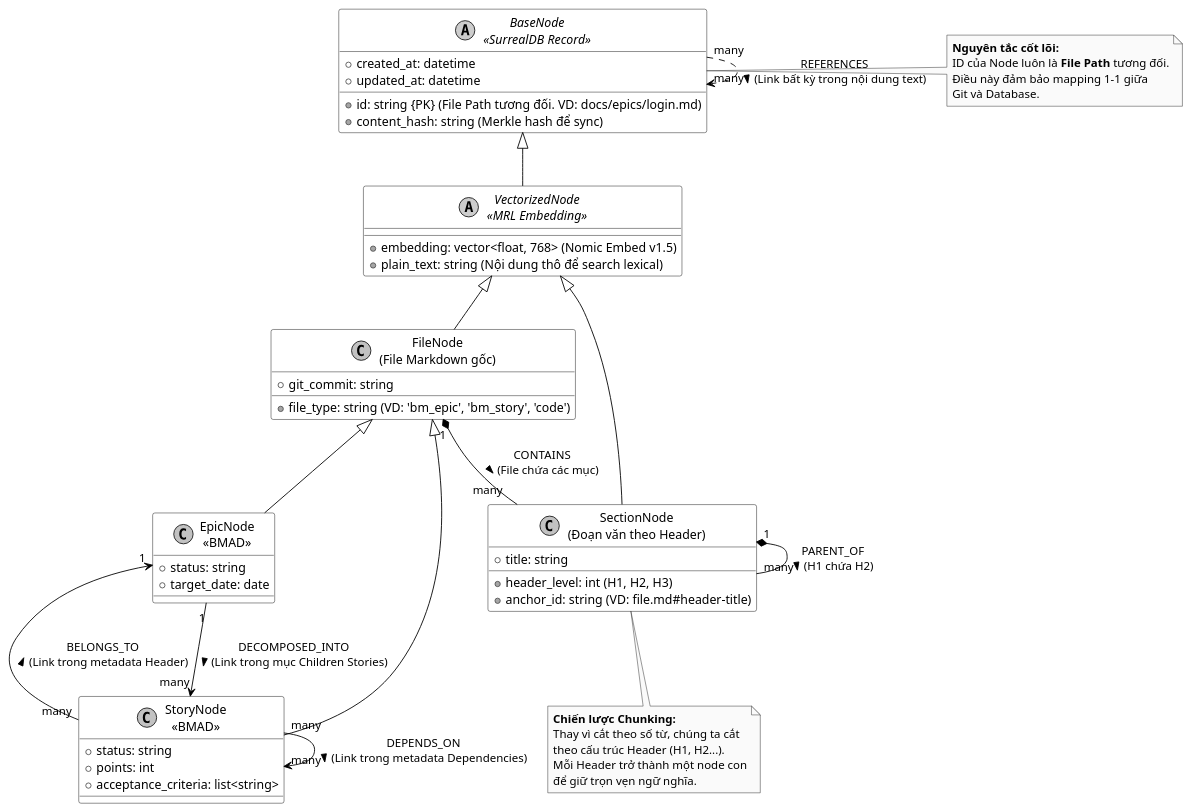
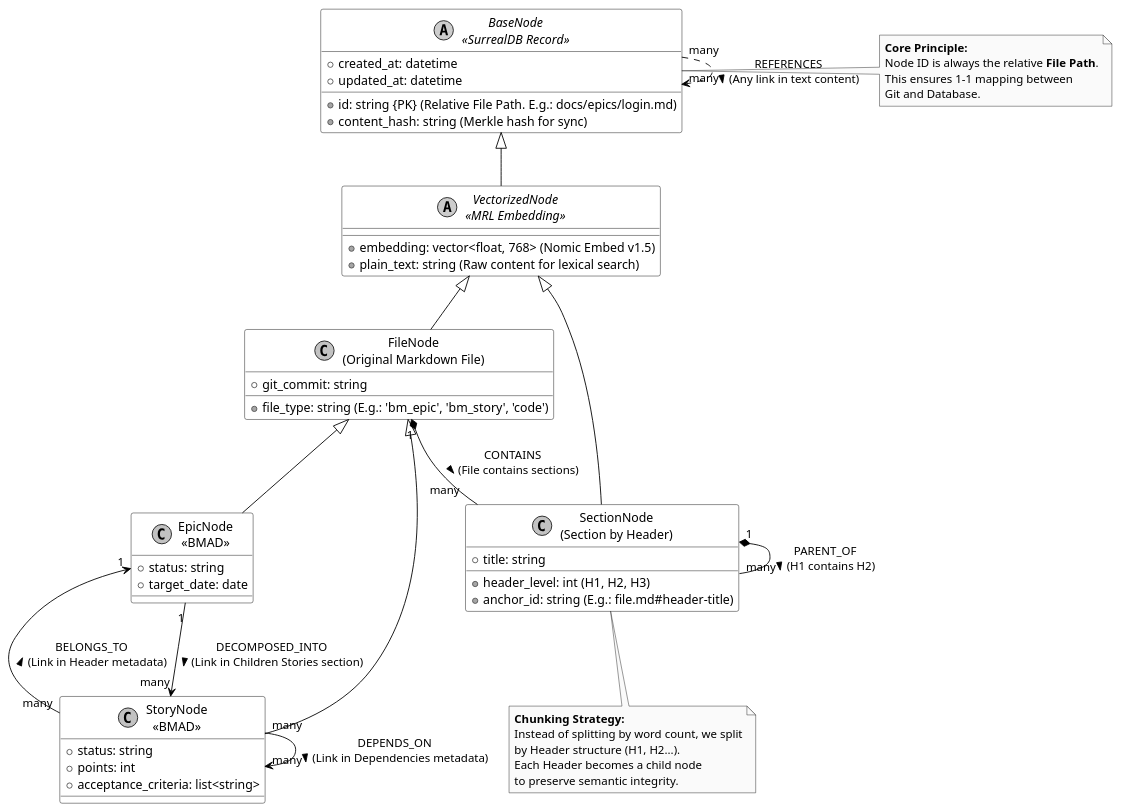
One commit to bnmbanhmi/coretext changed the diagram in diagram/data_model.puml. Above: the diagram before and after it, drawn with PlantUML. The commit also changed 22 other files, not shown here.

```diff
--- a/diagram/data_model.puml
+++ b/diagram/data_model.puml
@@ -1,93 +1,93 @@
 @startuml Coretext_GraphDataModel
 
-' --- Cấu hình giao diện ---
+' --- UI Configuration ---
 skinparam monochrome true
 skinparam shadowing false
 skinparam defaultFontName "Helvetica Neue, Arial, sans-serif"
 skinparam class {
     BackgroundColor White
     ArrowColor Black
     BorderColor Black
 }
 
-' --- Định nghĩa các kiểu Node (Entities) ---
+' --- Node Type Definitions (Entities) ---
 
-' Node cơ sở, mọi thứ trong SurrealDB đều kế thừa từ đây
+' Base Node, everything in SurrealDB inherits from here
 abstract class "BaseNode\n<<SurrealDB Record>>" as BaseNode {
-    + id: string {PK} (File Path tương đối. VD: docs/epics/login.md)
+    + id: string {PK} (Relative File Path. E.g.: docs/epics/login.md)
     + created_at: datetime
     + updated_at: datetime
-    + content_hash: string (Merkle hash để sync)
+    + content_hash: string (Merkle hash for sync)
 }
 
-' Node chứa Vector Embedding (cho Semantic Search)
+' Node containing Vector Embedding (for Semantic Search)
 abstract class "VectorizedNode\n<<MRL Embedding>>" as VectorizedNode {
     + embedding: vector<float, 768> (Nomic Embed v1.5)
-    + plain_text: string (Nội dung thô để search lexical)
+    + plain_text: string (Raw content for lexical search)
 }
 
-' FileNode: Đại diện cho một file vật lý trên ổ cứng
-class "FileNode\n(File Markdown gốc)" as FileNode {
-    + file_type: string (VD: 'bm_epic', 'bm_story', 'code')
+' FileNode: Represents a physical file on disk
+class "FileNode\n(Original Markdown File)" as FileNode {
+    + file_type: string (E.g.: 'bm_epic', 'bm_story', 'code')
     + git_commit: string
 }
 
-' SectionNode: Đại diện cho một đoạn nhỏ trong file (Chunking theo Header)
-class "SectionNode\n(Đoạn văn theo Header)" as SectionNode {
+' SectionNode: Represents a small segment in a file (Chunking by Header)
+class "SectionNode\n(Section by Header)" as SectionNode {
     + header_level: int (H1, H2, H3)
     + title: string
-    + anchor_id: string (VD: file.md#header-title)
+    + anchor_id: string (E.g.: file.md#header-title)
 }
 
-' Các Node đặc thù của BMAD (Projection từ Markdown)
+' Specific BMAD Nodes (Projection from Markdown)
 class "EpicNode\n<<BMAD>>" as Epic {
     + status: string
     + target_date: date
 }
 
 class "StoryNode\n<<BMAD>>" as Story {
     + status: string
     + points: int
     + acceptance_criteria: list<string>
 }
 
-' --- Quan hệ kế thừa (Inheritance) ---
+' --- Inheritance Relationships ---
 BaseNode <|-- VectorizedNode
 VectorizedNode <|-- FileNode
 VectorizedNode <|-- SectionNode
 
 FileNode <|-- Epic
 FileNode <|-- Story
 
-' --- Định nghĩa các loại Cạnh (Edges/Relationships) ---
+' --- Edge Type Definitions (Edges/Relationships) ---
 
-' Cấu trúc nội bộ file (Structural Edges)
-FileNode "1" *-- "many" SectionNode : <<CONTAINS>>\n(File chứa các mục) >
-SectionNode "1" *-- "many" SectionNode : <<PARENT_OF>>\n(H1 chứa H2) >
+' Internal file structure (Structural Edges)
+FileNode "1" *-- "many" SectionNode : <<CONTAINS>>\n(File contains sections) >
+SectionNode "1" *-- "many" SectionNode : <<PARENT_OF>>\n(H1 contains H2) >
 
-' Quan hệ ngữ nghĩa giữa các file (Semantic Edges - The "Brain")
-' Được tạo ra khi parser gặp link dạng: [Label](./path/to/another_file.md)
+' Semantic relationships between files (Semantic Edges - The "Brain")
+' Created when parser encounters link like: [Label](./path/to/another_file.md)
 
-Epic "1" --> "many" Story : <<DECOMPOSED_INTO>>\n(Link trong mục Children Stories) >
-Story "many" --> "1" Epic : <<BELONGS_TO>>\n(Link trong metadata Header) >
+Epic "1" --> "many" Story : <<DECOMPOSED_INTO>>\n(Link in Children Stories section) >
+Story "many" --> "1" Epic : <<BELONGS_TO>>\n(Link in Header metadata) >
 
-Story "many" --> "many" Story : <<DEPENDS_ON>>\n(Link trong metadata Dependencies) >
-BaseNode "many" ..> "many" BaseNode : <<REFERENCES>>\n(Link bất kỳ trong nội dung text) >
+Story "many" --> "many" Story : <<DEPENDS_ON>>\n(Link in Dependencies metadata) >
+BaseNode "many" ..> "many" BaseNode : <<REFERENCES>>\n(Any link in text content) >
 
 
 note right of BaseNode
-  <b>Nguyên tắc cốt lõi:</b>
-  ID của Node luôn là <b>File Path</b> tương đối.
-  Điều này đảm bảo mapping 1-1 giữa
-  Git và Database.
+  <b>Core Principle:</b>
+  Node ID is always the relative <b>File Path</b>.
+  This ensures 1-1 mapping between
+  Git and Database.
 end note
 
 note bottom of SectionNode
-  <b>Chiến lược Chunking:</b>
-  Thay vì cắt theo số từ, chúng ta cắt
-  theo cấu trúc Header (H1, H2...).
-  Mỗi Header trở thành một node con
-  để giữ trọn vẹn ngữ nghĩa.
+  <b>Chunking Strategy:</b>
+  Instead of splitting by word count, we split
+  by Header structure (H1, H2...).
+  Each Header becomes a child node
+  to preserve semantic integrity.
 end note
 
 @enduml
```
